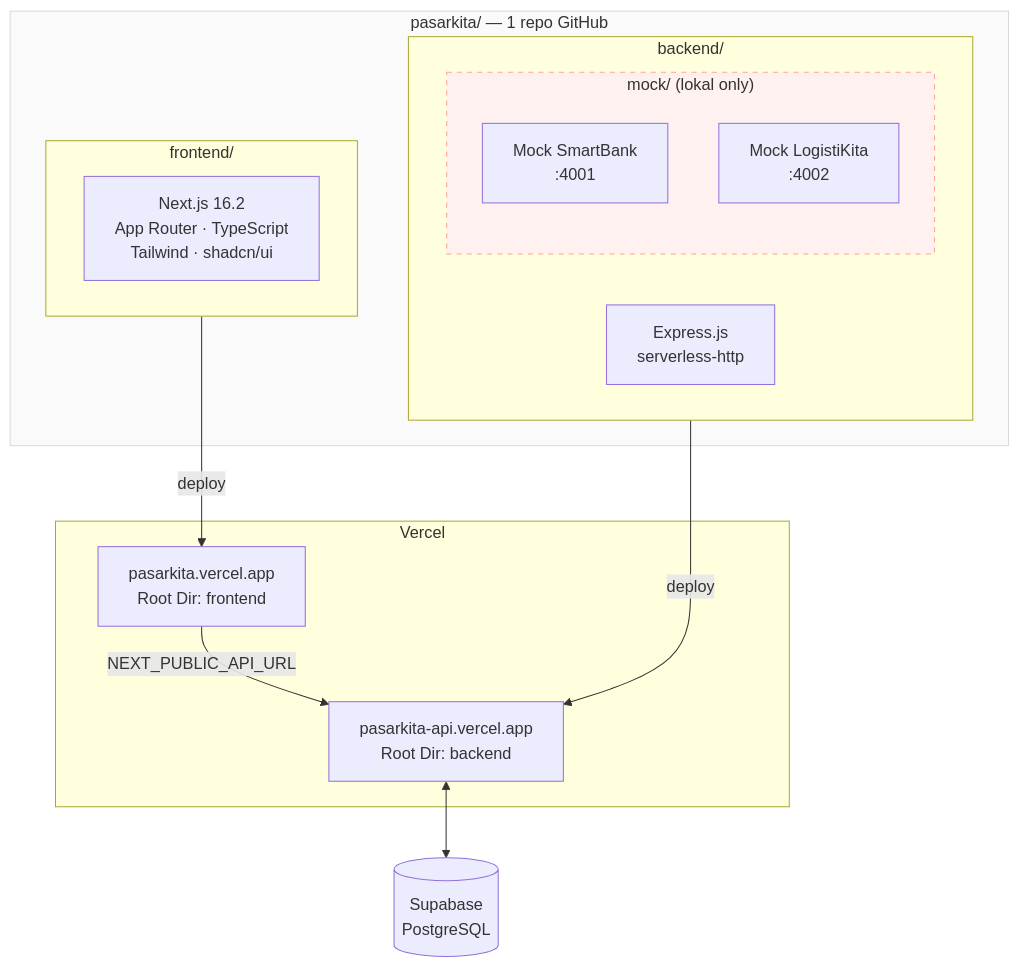
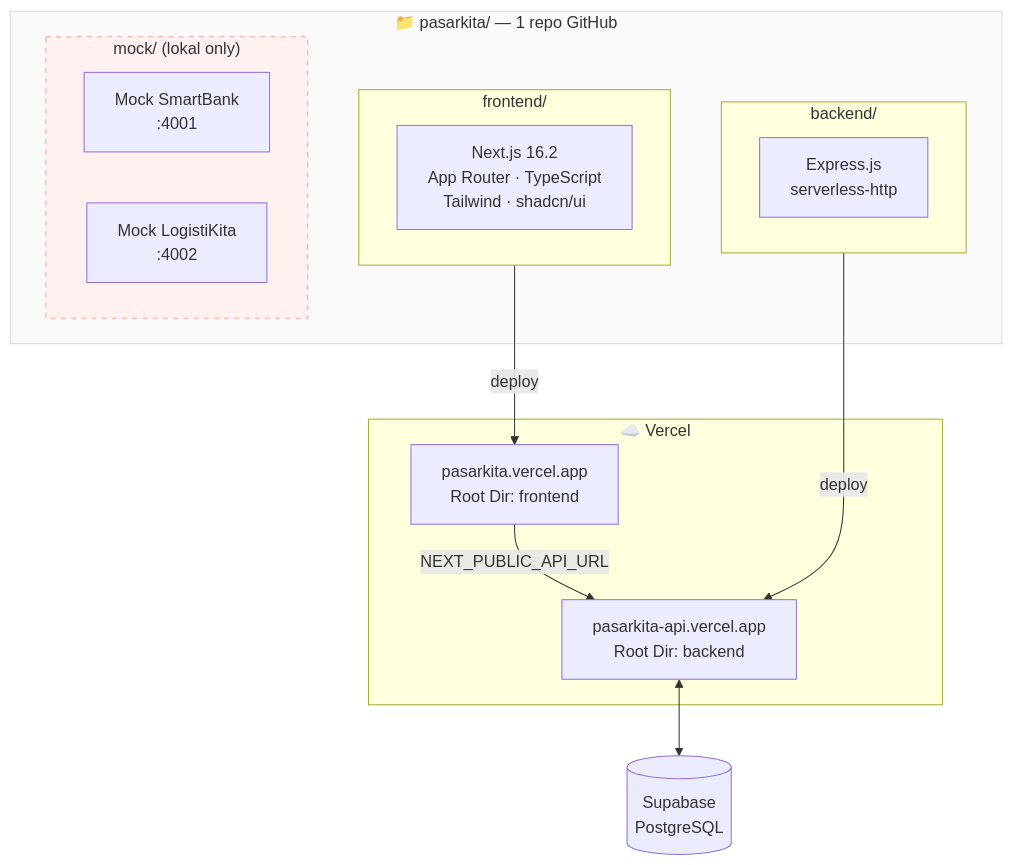
Before and after one commit to ditverse/pasarkita-monorepo: the second of 3 diagrams in README.md, drawn with Mermaid.

Commit message:
Update README.md with improved diagram formatting

````diff
--- a/README.md
+++ b/README.md
@@ -55,30 +55,30 @@
 ```mermaid
 graph TD
-    subgraph REPO["pasarkita/ — 1 repo GitHub"]
+    subgraph REPO["📁 pasarkita/ — 1 repo GitHub"]
         subgraph FE_DIR["frontend/"]
             FE["Next.js 16.2\nApp Router · TypeScript\nTailwind · shadcn/ui"]
         end
         subgraph BE_DIR["backend/"]
             BE["Express.js\nserverless-http"]
-            subgraph MOCK_DIR["mock/ (lokal only)"]
-                MSB["Mock SmartBank\n:4001"]
-                MLK["Mock LogistiKita\n:4002"]
-            end
+        end
+        subgraph MOCK_DIR["mock/ (lokal only)"]
+            MSB["Mock SmartBank\n:4001"]
+            MLK["Mock LogistiKita\n:4002"]
         end
     end
-
-    subgraph VERCEL["Vercel"]
+ 
+    subgraph VERCEL["☁️ Vercel"]
         V1["pasarkita.vercel.app\nRoot Dir: frontend"]
         V2["pasarkita-api.vercel.app\nRoot Dir: backend"]
     end
-
+ 
     DB[("Supabase\nPostgreSQL")]
-
+ 
     FE_DIR -->|deploy| V1
     BE_DIR -->|deploy| V2
     V2 <--> DB
     V1 -->|"NEXT_PUBLIC_API_URL"| V2
-
+ 
     style REPO fill:#fafafa,stroke:#d9d9d9,stroke-width:1px
     style MOCK_DIR fill:#fff1f0,stroke:#ffa39e,stroke-width:1px,stroke-dasharray:5 5
 ```
````
